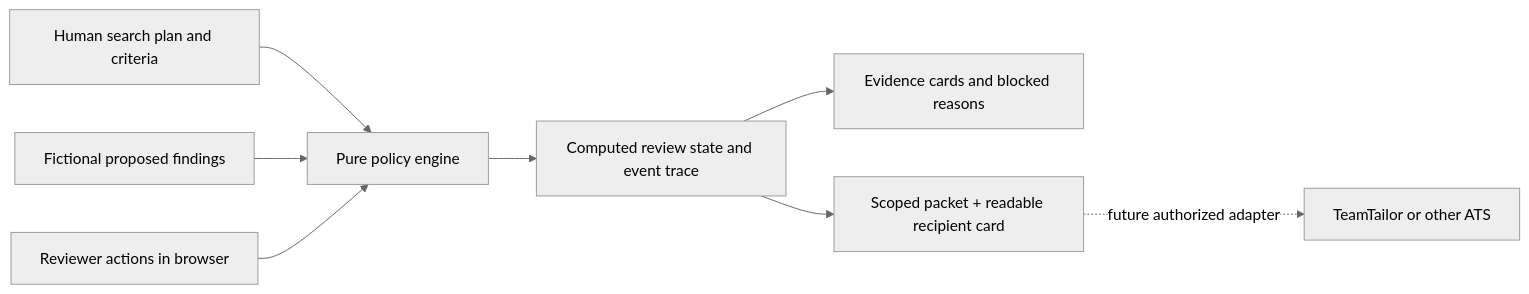
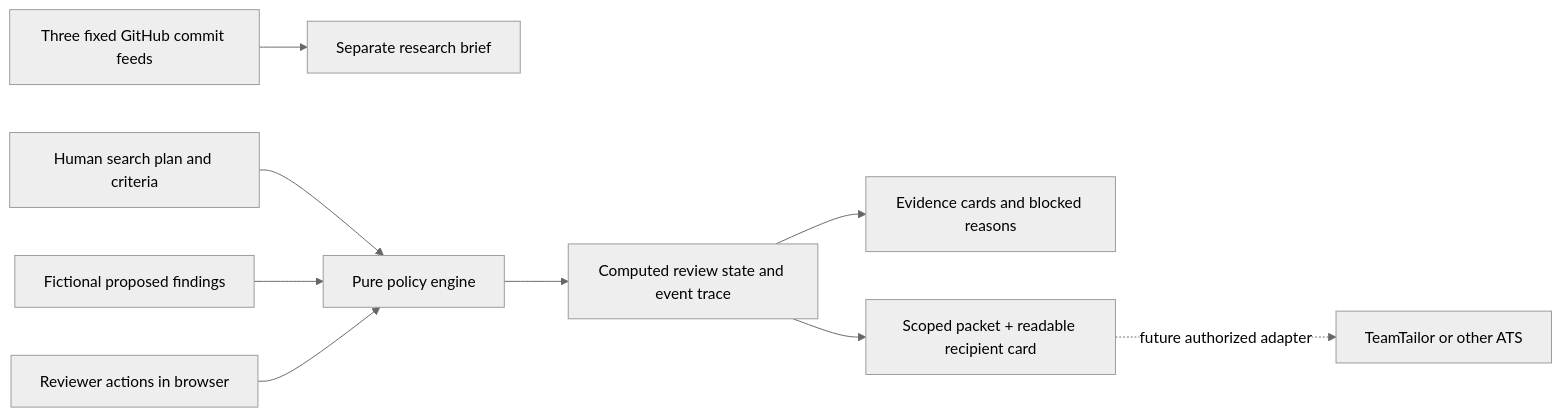
Before and after one commit to DiadkoShmek/talent-research-workflow-prototype: the first of 3 diagrams in docs/architecture.md, drawn with Mermaid (neutral theme). The commit also changed other lines of this file and 33 other files, not shown here.

````diff
--- a/docs/architecture.md
+++ b/docs/architecture.md
@@ -19,10 +19,11 @@
 ```mermaid
 flowchart LR
+    R[Three fixed GitHub commit feeds] --> RB[Separate research brief]
     B[Human search plan and criteria] --> E[Pure policy engine]
     F[Fictional proposed findings] --> E
     U[Reviewer actions in browser] --> E
     E --> Q[Computed review state and event trace]
     Q --> V[Evidence cards and blocked reasons]
     Q --> X[Scoped packet + readable recipient card]
     X -. future authorized adapter .-> ATS[TeamTailor or other ATS]
 ```
````
